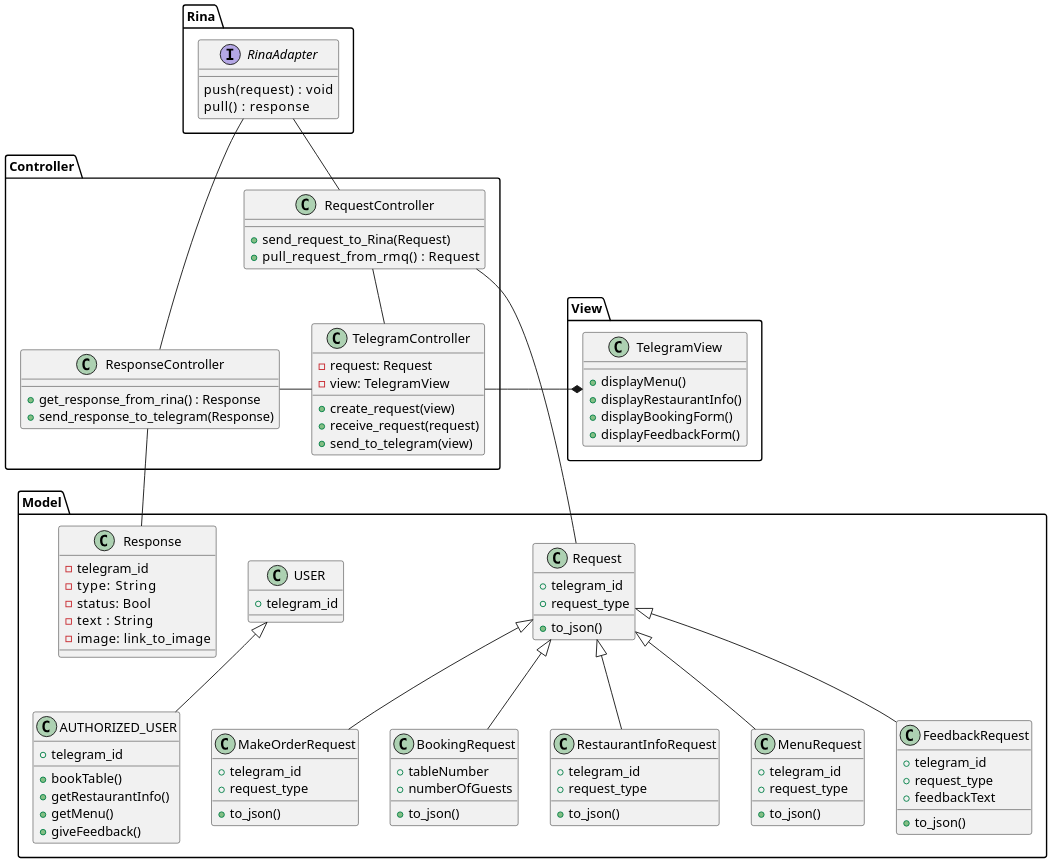
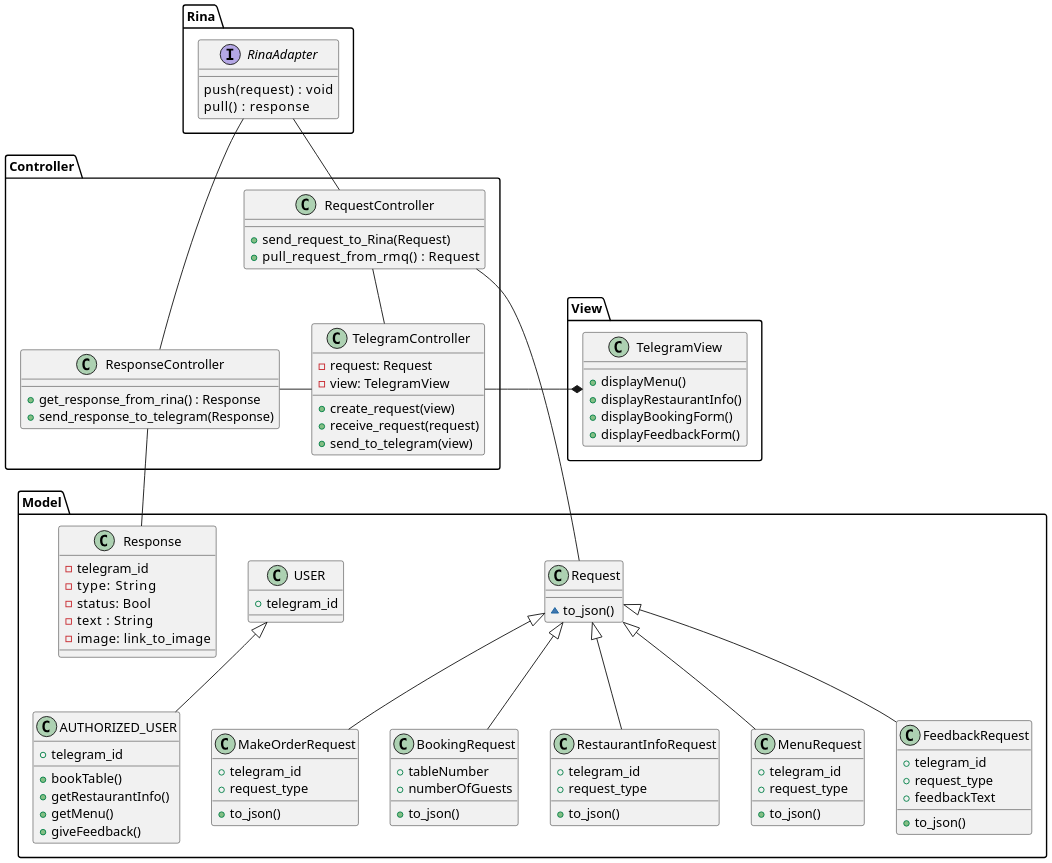
The diagram in diagrams/class_diagram.puml (limpwinter/rina_connector), drawn with PlantUML before and after one commit.

Commit message:
updated class diagram

```diff
--- a/diagrams/class_diagram.puml
+++ b/diagrams/class_diagram.puml
@@ -1,131 +1,131 @@
 @startuml
 
 scale  2048 width
 scale  1600 height
 package "Model" {
 
 'class RabbitMQ{
 '-Producer
 '-Consumer
 '}
 class USER {
   +telegram_id
 }
 
 class AUTHORIZED_USER {
   +telegram_id
   +bookTable()
   +getRestaurantInfo()
   +getMenu()
   +giveFeedback()
 }
   class Response{
   -telegram_id
   -type:    String
   -status:  Bool
   -text :   String
   -image:   link_to_image
 
 
   }
 
   class Request {
-    +telegram_id
-    +request_type
-    +to_json()
+'    +telegram_id
+'    +request_type
+    ~to_json()
   }
   class MakeOrderRequest{
   +telegram_id
     +request_type
     +to_json()
   }
 
   class BookingRequest {
 
     +tableNumber
     +numberOfGuests
      +to_json()
   }
 
   class RestaurantInfoRequest {
     +telegram_id
     +request_type
      +to_json()
   }
 
   class MenuRequest {
     +telegram_id
     +request_type
      +to_json()
   }
 
   class FeedbackRequest {
     +telegram_id
     +request_type
     +feedbackText
      +to_json()
   }
 
 
 }
 
 package "View" {
   class TelegramView {
     +displayMenu()
     +displayRestaurantInfo()
     +displayBookingForm()
     +displayFeedbackForm()
   }
 }
 
 package Rina {
 interface RinaAdapter{
 push(request)  :   void
 pull()  :   response
 }
 
 }
 package "Controller" {
 
 '  class RMQController{
 '  +send_request_to_rmq()
 '  }
   class ResponseController{
 '  +receive_response_from_rmq()
   +get_response_from_rina() : Response
   +send_response_to_telegram(Response)
   }
   class RequestController{
 '  -request:Request
   +send_request_to_Rina(Request)
   +pull_request_from_rmq()  :   Request
   }
   class TelegramController {
     -request: Request
     -view: TelegramView
 
     +create_request(view)
     +receive_request(request)
     +send_to_telegram(view)
   }
 }
 Request <|-- BookingRequest
 Request <|-- MakeOrderRequest
 
 Request <|-- RestaurantInfoRequest
 Request <|-- MenuRequest
 Request <|-- FeedbackRequest
 'TelegramView *--
 TelegramController -right-* TelegramView
 'ResponseController -> TelegramController
 RinaAdapter -- RequestController
 RinaAdapter -- ResponseController
 ResponseController - TelegramController
 RequestController -- TelegramController
 ResponseController -- Response
 RequestController - Request
 USER <|-- AUTHORIZED_USER
 'TelegramController --> Request
 'RMQController --> RabbitMQ
 
 @enduml
```
